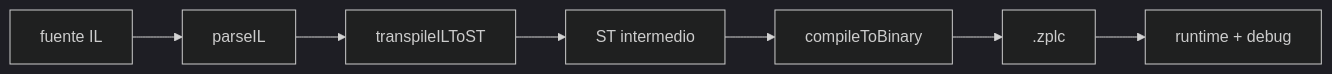
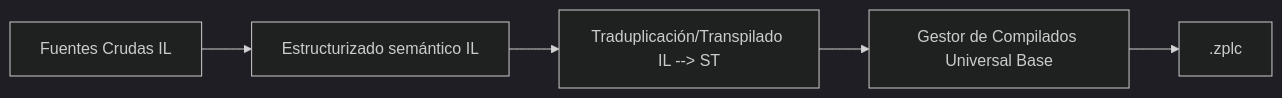
The diagram in docs/i18n/es/docusaurus-plugin-content-docs/current/languages/il.md (eduardojvieira/ZPLC), drawn with Mermaid (dark theme) before and after one commit. The commit also changed other lines of this file and 55 other files, not shown here.

````diff
--- a/docs/i18n/es/docusaurus-plugin-content-docs/current/languages/il.md
+++ b/docs/i18n/es/docusaurus-plugin-content-docs/current/languages/il.md
@@ -21,9 +16,7 @@
 ```mermaid
 flowchart LR
-  IL[fuente IL] --> PARSE[parseIL]
-  PARSE --> TRANSPILE[transpileILToST]
-  TRANSPILE --> ST[ST intermedio]
-  ST --> COMPILE[compileToBinary]
-  COMPILE --> ZPLC[.zplc]
-  ZPLC --> RUNTIME[runtime + debug]
+  IL[Fuentes Crudas IL] --> Parse[Estructurizado semántico IL]
+  Parse --> ToST[Traduplicación/Transpilado IL --> ST]
+  ToST --> Compile[Gestor de Compilados Universal Base]
+  Compile --> ZPLC[.zplc]
 ```
````
